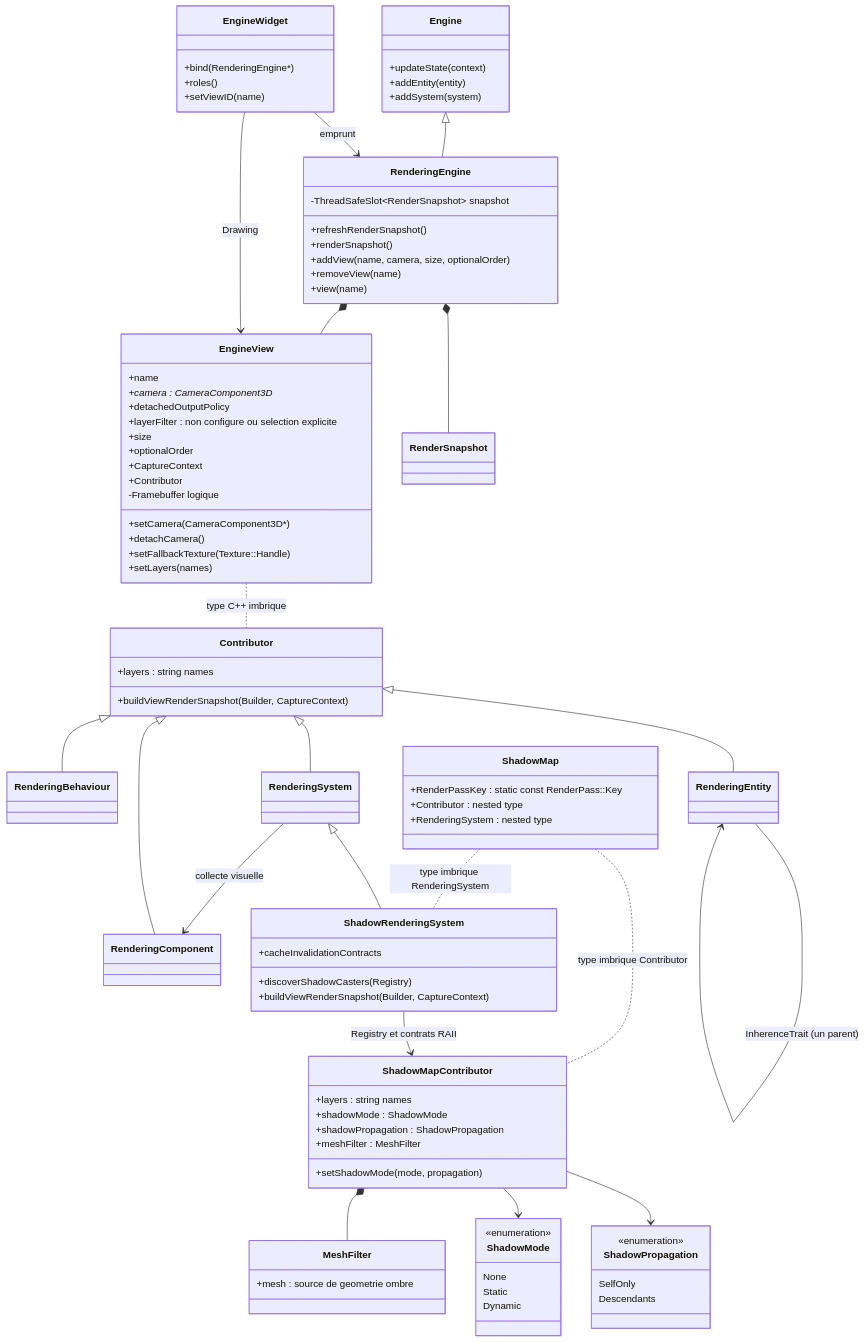
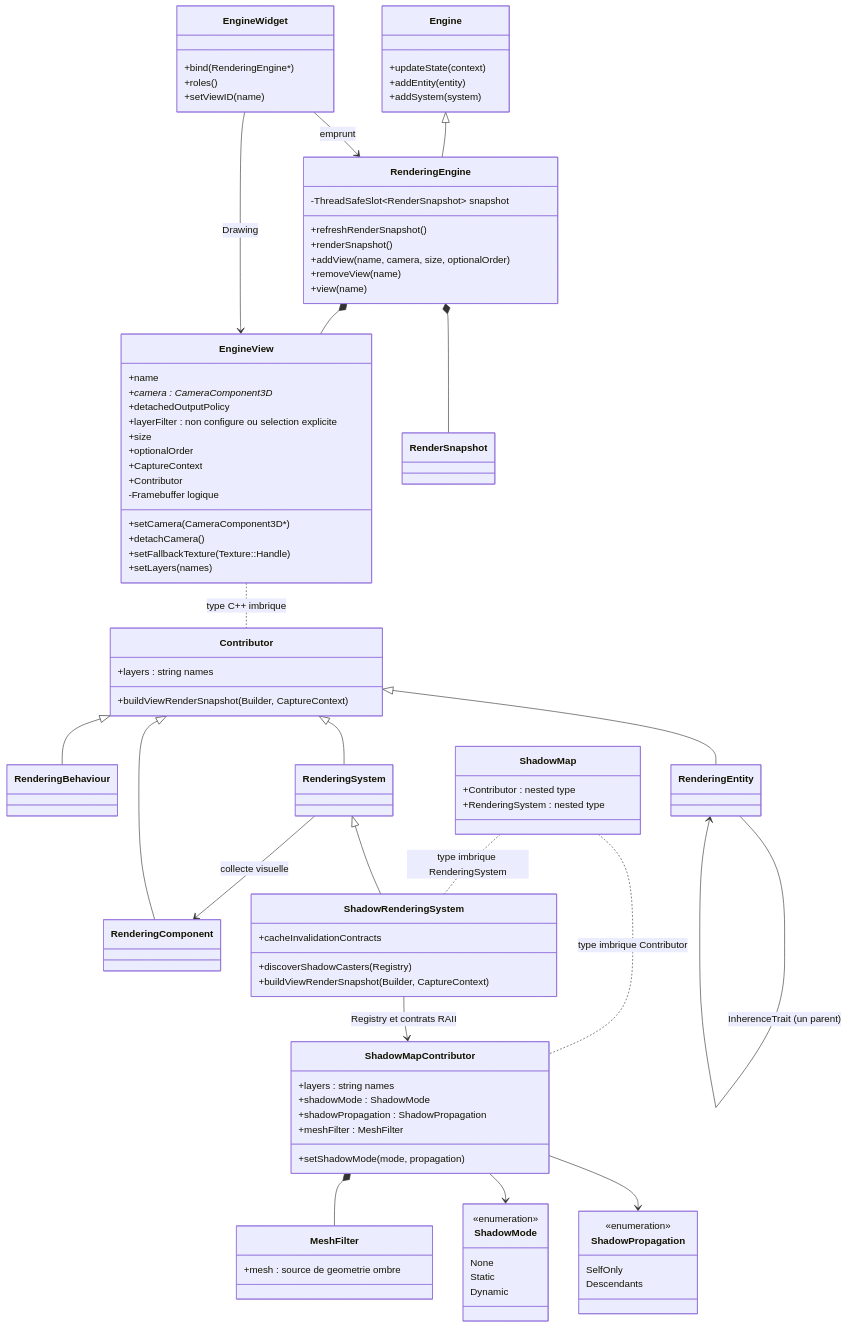
Before and after one commit to EreliaStudio/Sparkle: the seventh of 14 diagrams in docs/voxel-engine-v0.1.4-specification.md, drawn with Mermaid. The commit also changed other lines of this file, not shown here.

Commit message:
docs(v0.1.4): avoid prescribing a static ShadowMap RenderPass key before scheduling decision

```diff
--- a/docs/voxel-engine-v0.1.4-specification.md
+++ b/docs/voxel-engine-v0.1.4-specification.md
@@ -678,7 +678,6 @@
   class RenderingEntity
   class RenderingSystem
   class ShadowMap {
-    +RenderPassKey : static const RenderPass::Key
     +Contributor : nested type
     +RenderingSystem : nested type
   }
```
